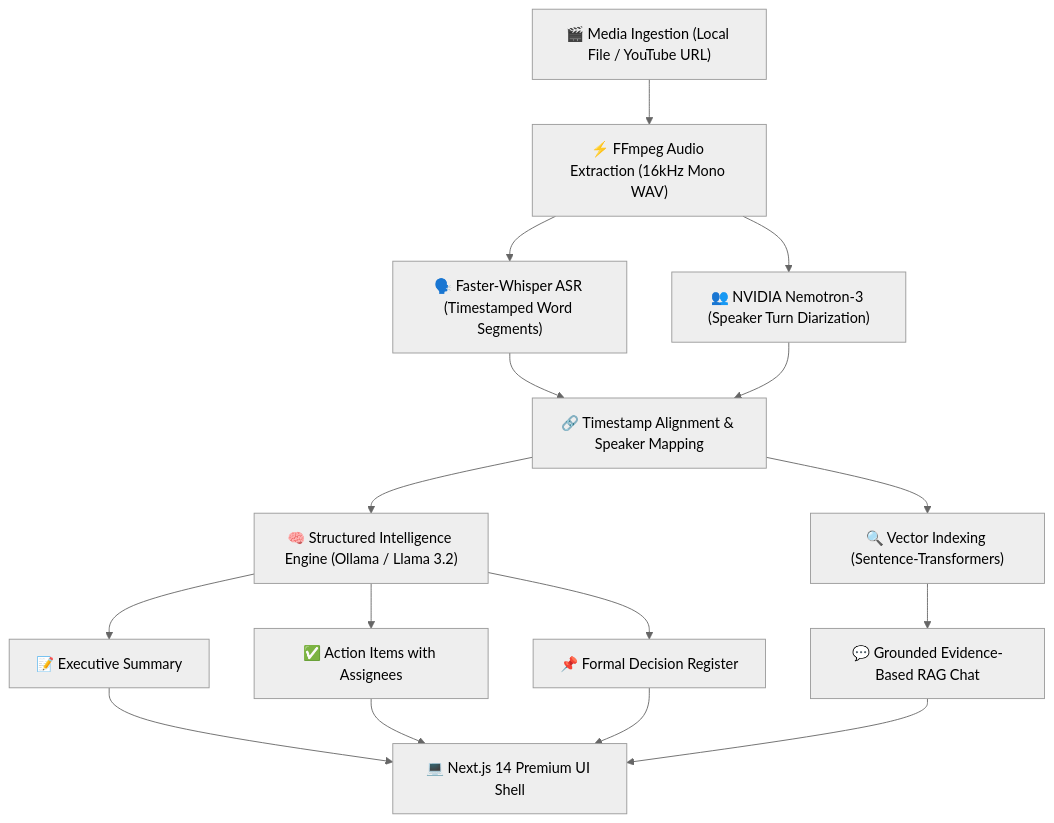
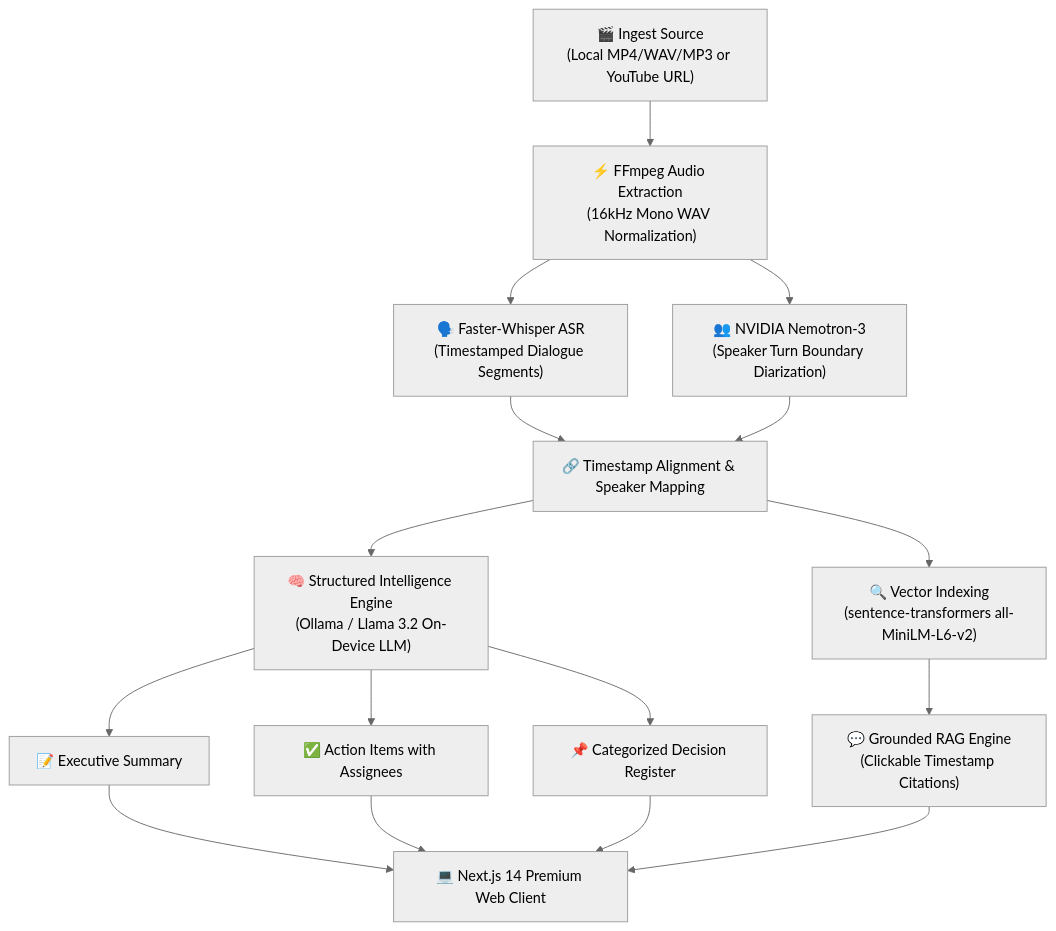
Before and after one commit to Bharat-012/MeetMind: the diagram in README.md, drawn with Mermaid (neutral theme). The commit also changed other lines of this file and 7 other files, not shown here.

Commit message:
docs: enrich README with visual product showcase, architecture diagrams, and API reference

````diff
--- a/README.md
+++ b/README.md
@@ -51,14 +109,14 @@
 ```mermaid
 flowchart TD
-    A["🎬 Media Ingestion (Local File / YouTube URL)"] --> B["⚡ FFmpeg Audio Extraction (16kHz Mono WAV)"]
-    B --> C["🗣️ Faster-Whisper ASR (Timestamped Word Segments)"]
-    B --> D["👥 NVIDIA Nemotron-3 (Speaker Turn Diarization)"]
+    A["🎬 Ingest Source\n(Local MP4/WAV/MP3 or YouTube URL)"] --> B["⚡ FFmpeg Audio Extraction\n(16kHz Mono WAV Normalization)"]
+    B --> C["🗣️ Faster-Whisper ASR\n(Timestamped Dialogue Segments)"]
+    B --> D["👥 NVIDIA Nemotron-3\n(Speaker Turn Boundary Diarization)"]
     C & D --> E["🔗 Timestamp Alignment & Speaker Mapping"]
-    E --> F["🧠 Structured Intelligence Engine (Ollama / Llama 3.2)"]
+    E --> F["🧠 Structured Intelligence Engine\n(Ollama / Llama 3.2 On-Device LLM)"]
     F --> G1["📝 Executive Summary"]
     F --> G2["✅ Action Items with Assignees"]
-    F --> G3["📌 Formal Decision Register"]
-    E --> H["🔍 Vector Indexing (Sentence-Transformers)"]
-    H --> I["💬 Grounded Evidence-Based RAG Chat"]
-    G1 & G2 & G3 & I --> J["💻 Next.js 14 Premium UI Shell"]
+    F --> G3["📌 Categorized Decision Register"]
+    E --> H["🔍 Vector Indexing\n(sentence-transformers all-MiniLM-L6-v2)"]
+    H --> I["💬 Grounded RAG Engine\n(Clickable Timestamp Citations)"]
+    G1 & G2 & G3 & I --> J["💻 Next.js 14 Premium Web Client"]
 ```
````
